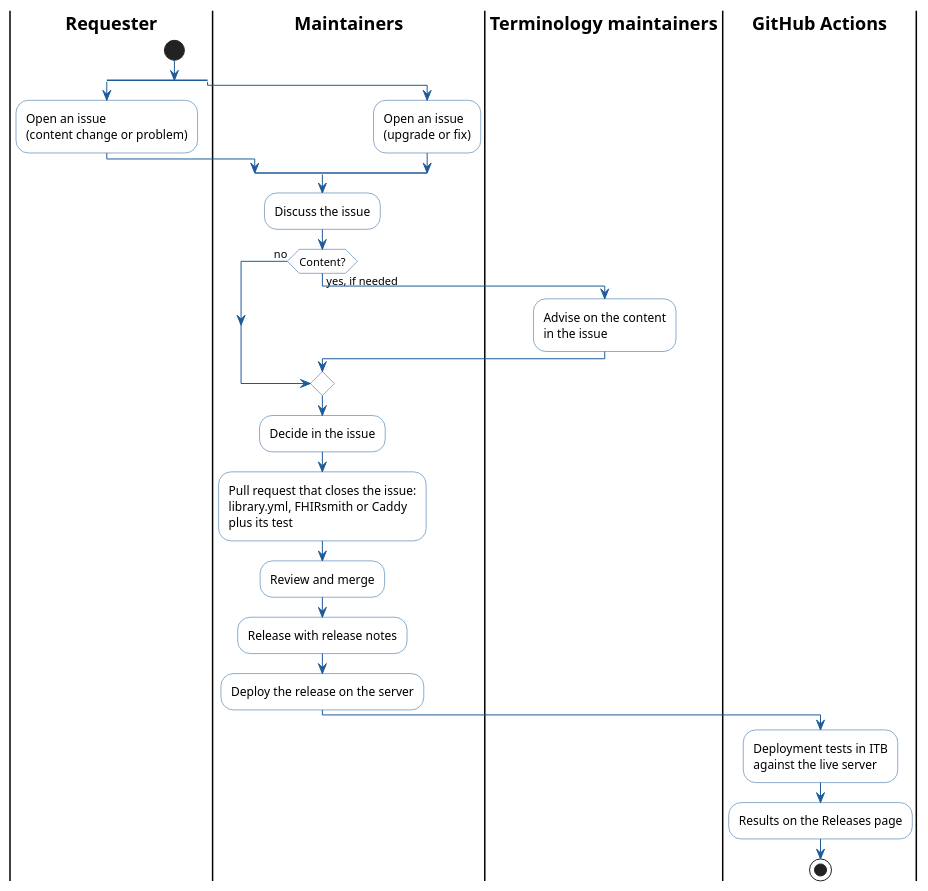
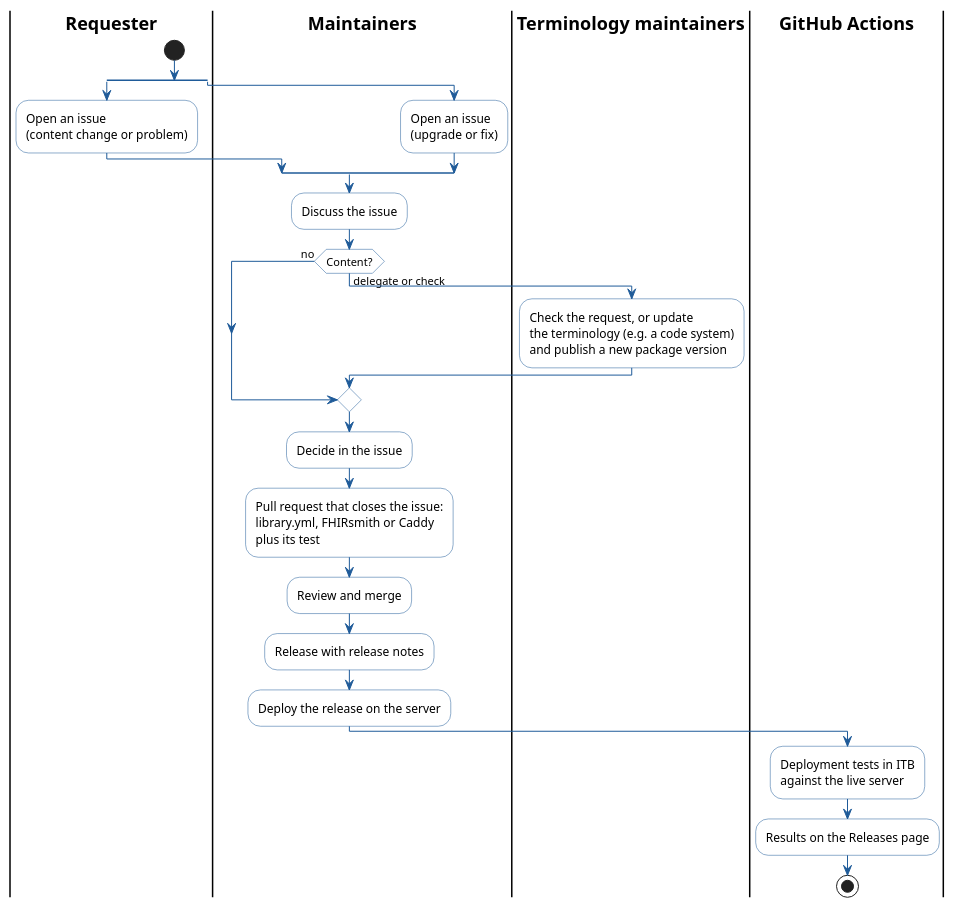
Before and after one commit to hl7-eu/tx.hl7europe.eu: the diagram in docs/index.md, drawn with PlantUML. The commit also changed 1 other file, not shown here.

Commit message:
Content requests: delegated to or checked by the terminology maintainers
Not a consultation: they check the request or make the change in the
terminology (e.g. update a code system) and publish a new package version.

Refs #10, #11

```diff
--- a/docs/index.md
+++ b/docs/index.md
@@ -25,43 +25,44 @@
 @startuml
 skinparam shadowing false
 skinparam defaultFontName Arial
 skinparam ActivityBackgroundColor #FFFFFF
 skinparam ActivityBorderColor #1F5B99
 skinparam ArrowColor #1F5B99
 skinparam SwimlaneTitleFontStyle bold
 |Requester|
 |Maintainers|
 |Terminology maintainers|
 |GitHub Actions|
 |Requester|
 start
 split
   :Open an issue
   (content change or problem);
 split again
   |Maintainers|
   :Open an issue
   (upgrade or fix);
 end split
 |Maintainers|
 :Discuss the issue;
-if (Content?) then (yes, if needed)
+if (Content?) then (delegate or check)
   |Terminology maintainers|
-  :Advise on the content
-  in the issue;
+  :Check the request, or update
+  the terminology (e.g. a code system)
+  and publish a new package version;
   |Maintainers|
 else (no)
 endif
 :Decide in the issue;
 :Pull request that closes the issue:
 library.yml, FHIRsmith or Caddy
 plus its test;
 :Review and merge;
 :Release with release notes;
 :Deploy the release on the server;
 |GitHub Actions|
 :Deployment tests in ITB
 against the live server;
 :Results on the Releases page;
 stop
 @enduml
```
